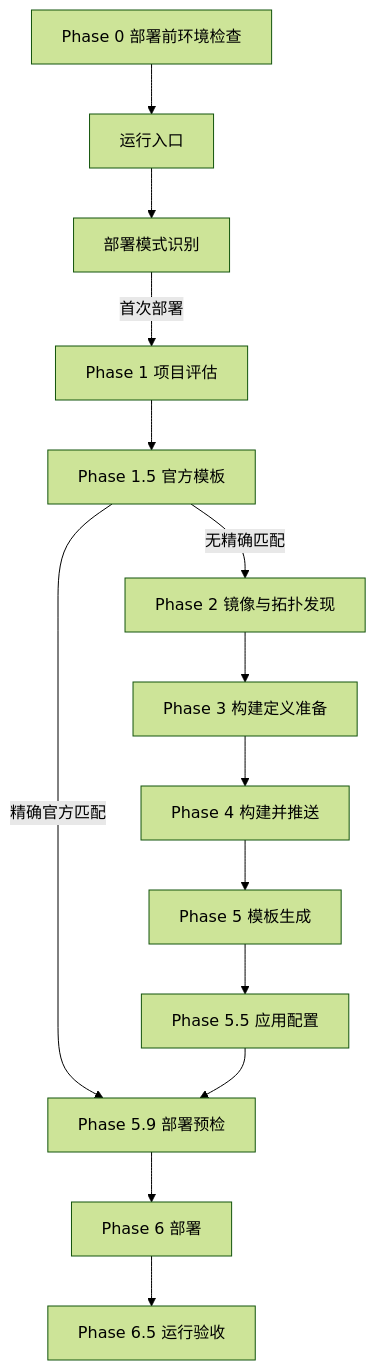
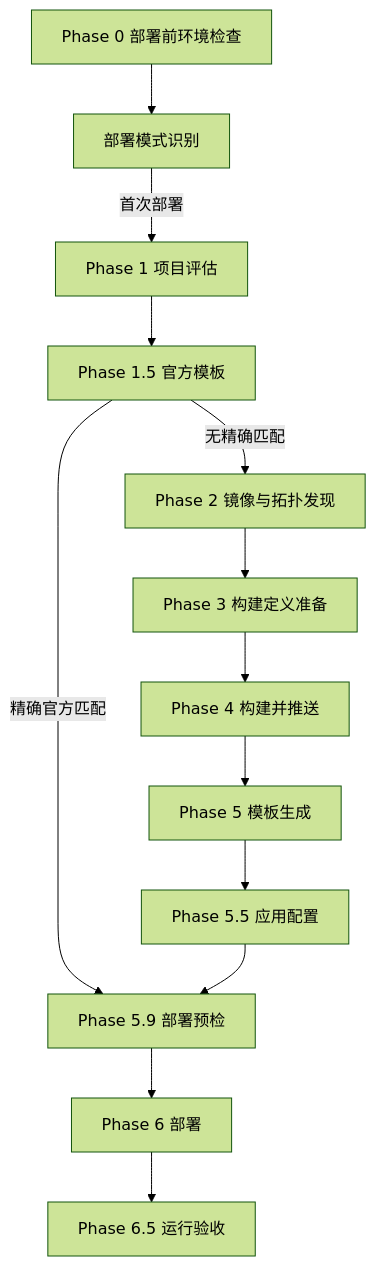
The diagram in pipeline/overview.mdx (Che-Zhu/sealos-skills-doc), drawn with Mermaid (forest theme) before and after one commit. The commit also changed other lines of this file and 13 other files, not shown here.

````diff
--- a/pipeline/overview.mdx
+++ b/pipeline/overview.mdx
@@ -29,23 +29,22 @@
 ```mermaid
 flowchart TD
   P0[Phase 0 部署前环境检查]
-  EN[运行入口]
   MD[部署模式识别]
   P1[Phase 1 项目评估]
   P15[Phase 1.5 官方模板]
   P2[Phase 2 镜像与拓扑发现]
   P3[Phase 3 构建定义准备]
   P4[Phase 4 构建并推送]
   P5[Phase 5 模板生成]
   P55[Phase 5.5 应用配置]
   P59[Phase 5.9 部署预检]
   P6[Phase 6 部署]
   P65[Phase 6.5 运行验收]
 
-  P0 --> EN --> MD
+  P0 --> MD
   MD -->|首次部署| P1
   P1 --> P15
   P15 -->|精确官方匹配| P59
   P15 -->|无精确匹配| P2
   P2 --> P3 --> P4 --> P5 --> P55 --> P59 --> P6 --> P65
 ```
````
